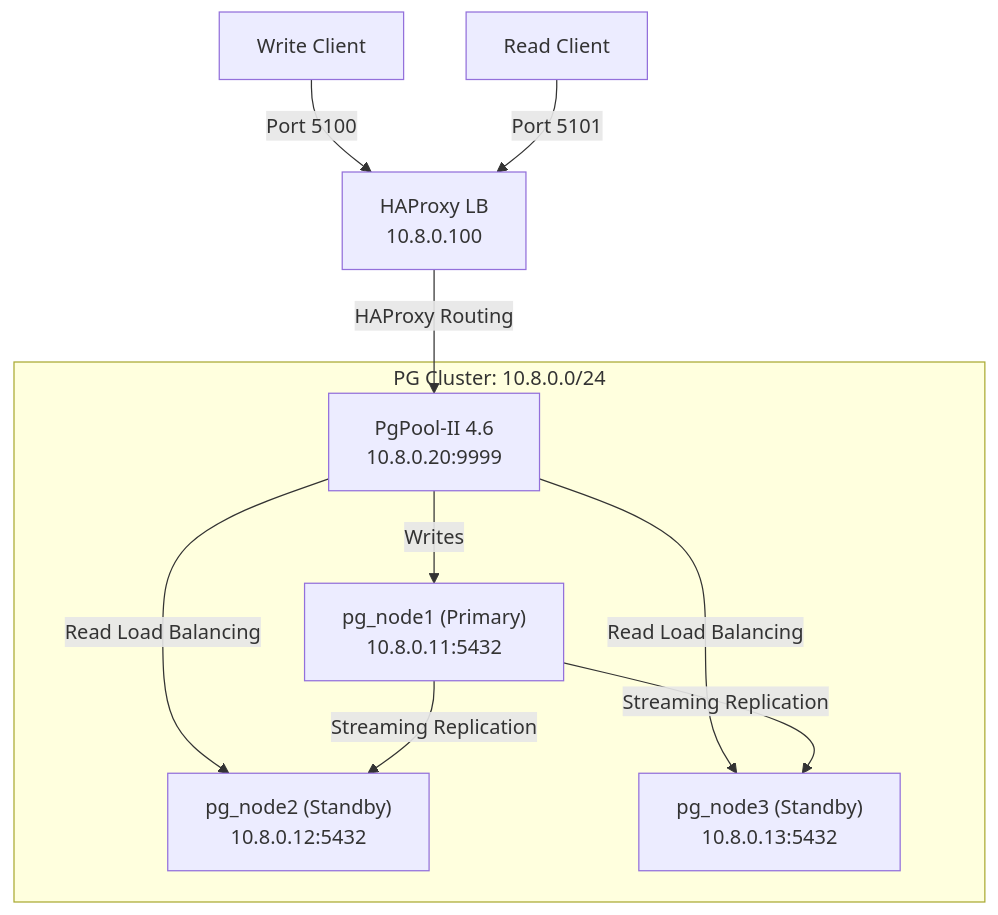
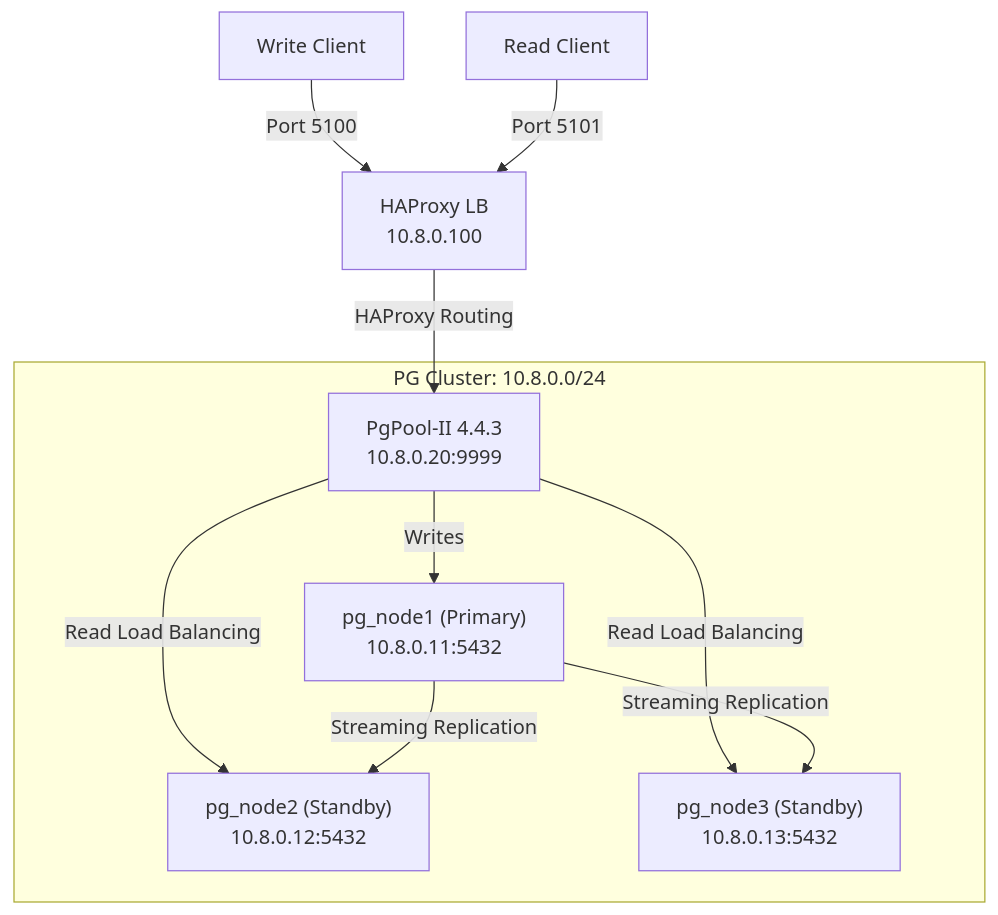
Before and after one commit to jmrenouard/multi-db-docker-env: the diagram in documentation/pgpool_cluster.md, drawn with Mermaid. The commit also changed 9 other files, not shown here.

Commit message:
docs: convert PostgreSQL box diagrams to Mermaid and align cluster docs (Closes #550)

````diff
--- a/documentation/pgpool_cluster.md
+++ b/documentation/pgpool_cluster.md
@@ -7,16 +7,16 @@
 ```mermaid
 graph TD
     Client_W[Write Client] -->|Port 5100| LB[HAProxy LB<br/>10.8.0.100]
     Client_R[Read Client] -->|Port 5101| LB
     
-    LB -->|HAProxy Routing| Pool[PgPool-II 4.6<br/>10.8.0.20:9999]
+    LB -->|HAProxy Routing| Pool[PgPool-II 4.4.3<br/>10.8.0.20:9999]
     
     subgraph PG_Streaming_Replication [PG Cluster: 10.8.0.0/24]
         Pool -->|Writes| N1["pg_node1 (Primary)<br/>10.8.0.11:5432"]
         Pool -->|Read Load Balancing| N2["pg_node2 (Standby)<br/>10.8.0.12:5432"]
         Pool -->|Read Load Balancing| N3["pg_node3 (Standby)<br/>10.8.0.13:5432"]
         
         N1 --"Streaming Replication"--> N2
         N1 --"Streaming Replication"--> N3
     end
 ```
````
